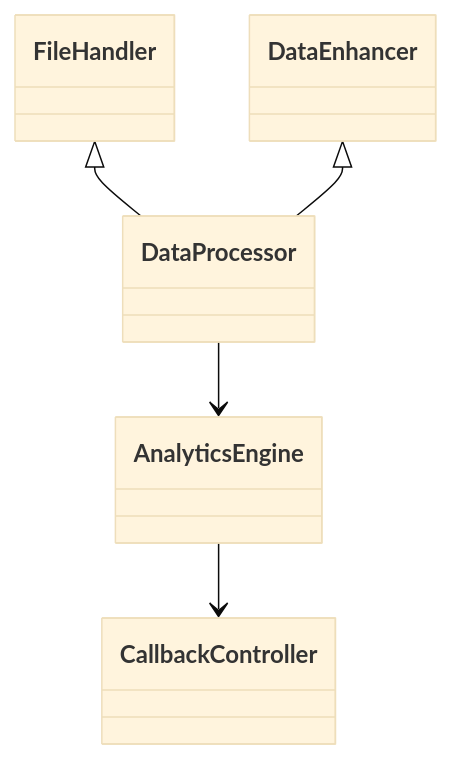
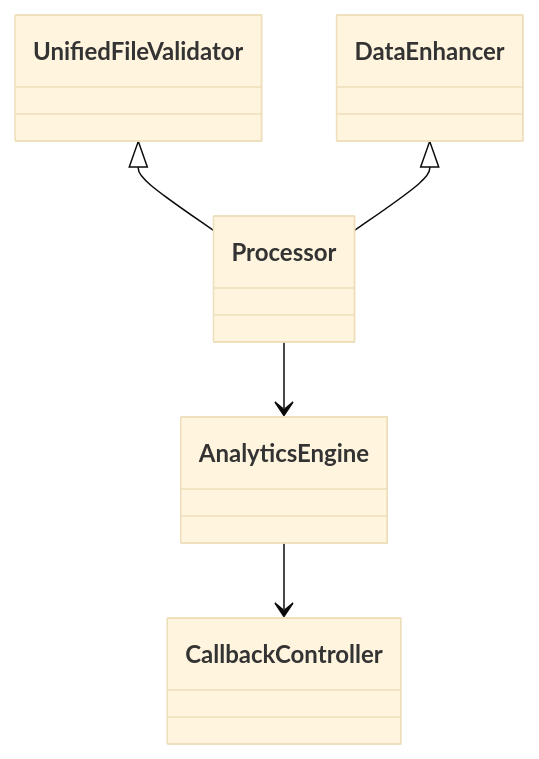
Before and after one commit to WSG23/yosai_intel_dashboard_fresh: the diagram in docs/data_processing.md, drawn with Mermaid (base theme). The commit also changed other lines of this file and 9 other files, not shown here.

````diff
--- a/docs/data_processing.md
+++ b/docs/data_processing.md
@@ -26,7 +26,7 @@
 ```mermaid
 classDiagram
-    FileHandler <|-- DataProcessor
-    DataEnhancer <|-- DataProcessor
-    DataProcessor --> AnalyticsEngine
+    UnifiedFileValidator <|-- Processor
+    DataEnhancer <|-- Processor
+    Processor --> AnalyticsEngine
     AnalyticsEngine --> CallbackController
 ```
````
